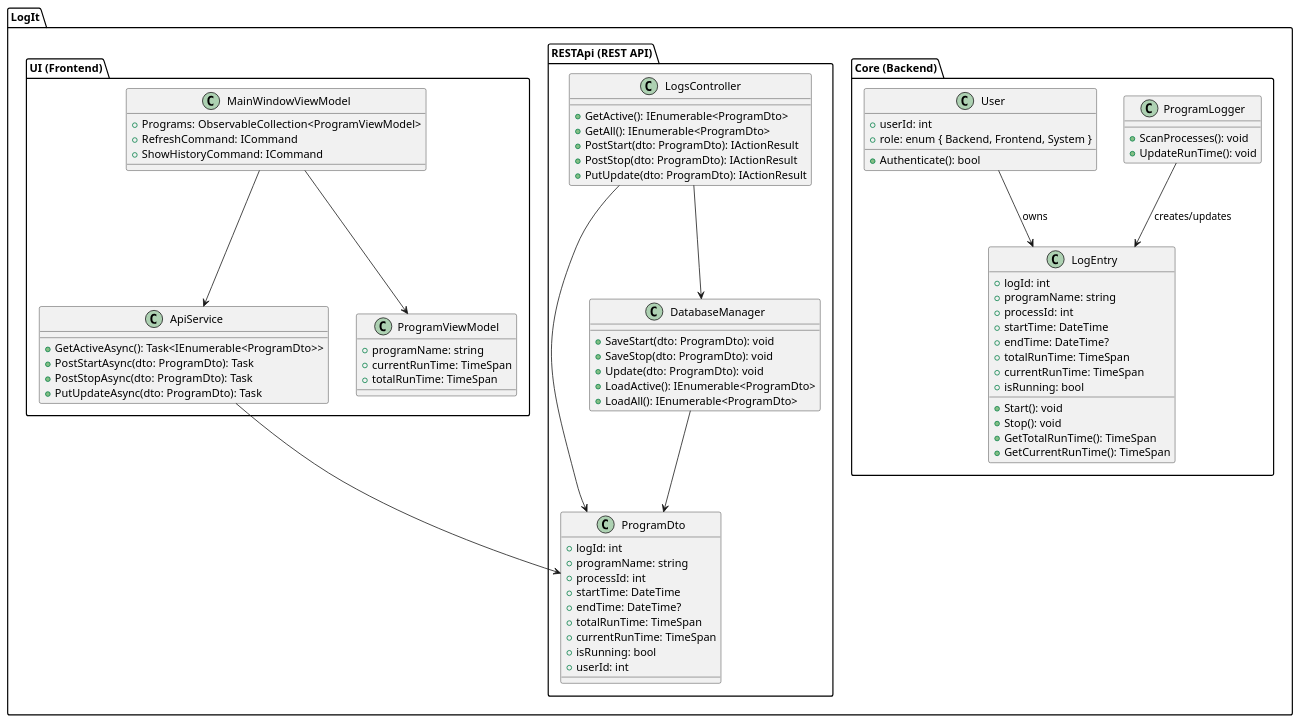
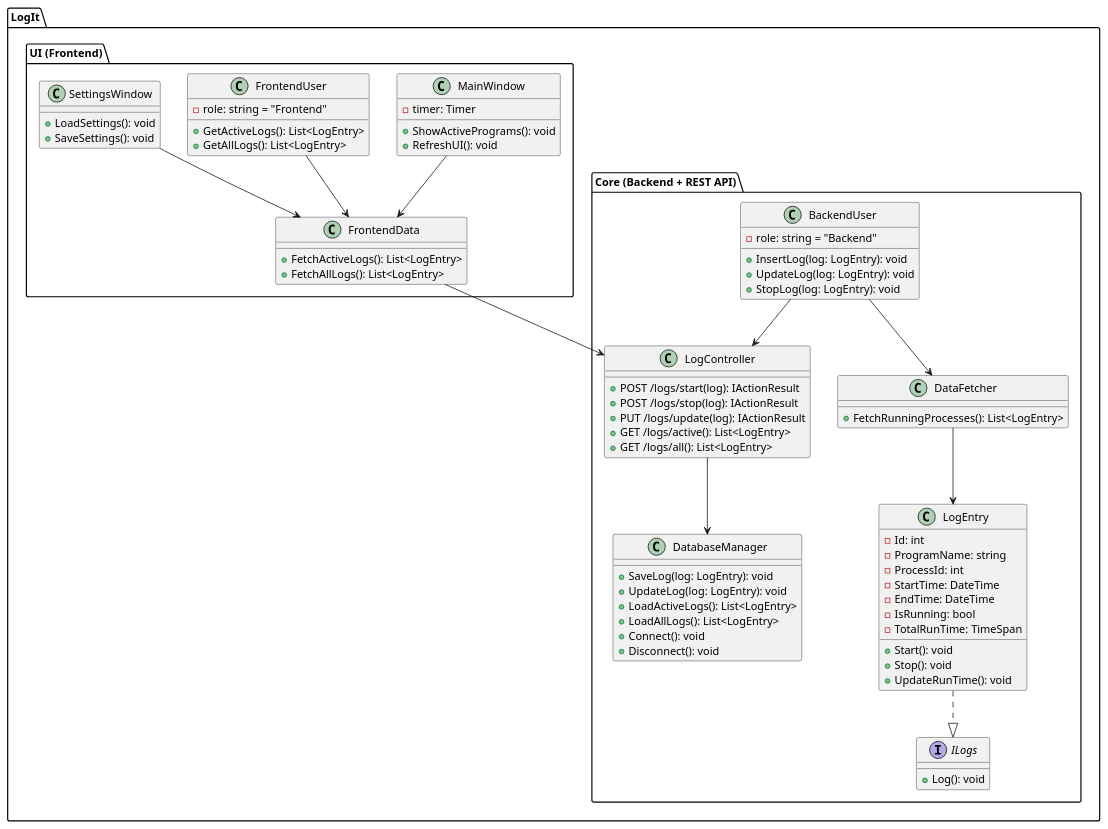
Before and after one commit to Schokobaer06/LogIt: the diagram in doc/klassendiagramm.plantuml, drawn with PlantUML. The commit also changed 1 other file, not shown here.

Commit message:
Refactor class diagram to enhance clarity and structure of LogIt architecture

```diff
--- a/doc/klassendiagramm.plantuml
+++ b/doc/klassendiagramm.plantuml
@@ -1,101 +1,91 @@
-@startuml KlassenDiagramm
-'-----------------------------------
-' Backend (LogIt.Core)
-'-----------------------------------
-package "LogIt.Core (Backend)" {
-  class ProgramLogger {
-    + ScanProcesses(): void
-    + UpdateRunTime(): void
-  }
+@startuml LogIt Klassen
 
-  class LogEntry {
-    + logId: int
-    + programName: string
-    + processId: int
-    + startTime: DateTime
-    + endTime: DateTime?
-    + totalRunTime: TimeSpan
-    + currentRunTime: TimeSpan
-    + isRunning: bool
-    + Start(): void
-    + Stop(): void
-    + GetTotalRunTime(): TimeSpan
-    + GetCurrentRunTime(): TimeSpan
-  }
+' === BACKEND inkl. REST-API ===
+package "LogIt.Core (Backend + REST API)" {
+    
+    class LogEntry {
+        - Id: int
+        - ProgramName: string
+        - ProcessId: int
+        - StartTime: DateTime
+        - EndTime: DateTime
+        - IsRunning: bool
+        - TotalRunTime: TimeSpan
+        + Start(): void
+        + Stop(): void
+        + UpdateRunTime(): void
+    }
 
-  class User {
-    + userId: int
-    + role: enum { Backend, Frontend, System }
-    + Authenticate(): bool
-  }
+    class BackendUser {
+        - role: string = "Backend"
+        + InsertLog(log: LogEntry): void
+        + UpdateLog(log: LogEntry): void
+        + StopLog(log: LogEntry): void
+    }
 
-  ProgramLogger --> LogEntry : creates/updates
-  User --> LogEntry            : owns
+    class DataFetcher {
+        + FetchRunningProcesses(): List<LogEntry>
+    }
+
+    interface ILogs {
+        + Log(): void
+    }
+
+    LogEntry ..|> ILogs
+    DataFetcher --> LogEntry
+    BackendUser --> DataFetcher
+
+    ' REST API Controller
+    class LogController {
+        + POST /logs/start(log): IActionResult
+        + POST /logs/stop(log): IActionResult
+        + PUT /logs/update(log): IActionResult
+        + GET /logs/active(): List<LogEntry>
+        + GET /logs/all(): List<LogEntry>
+    }
+
+    class DatabaseManager {
+        + SaveLog(log: LogEntry): void
+        + UpdateLog(log: LogEntry): void
+        + LoadActiveLogs(): List<LogEntry>
+        + LoadAllLogs(): List<LogEntry>
+        + Connect(): void
+        + Disconnect(): void
+    }
+
+    LogController --> DatabaseManager
+    BackendUser --> LogController
 }
 
-'-----------------------------------
-' REST API (LogIt.RESTApi)
-'-----------------------------------
-package "LogIt.RESTApi (REST API)" {
-  class ProgramDto {
-    + logId: int
-    + programName: string
-    + processId: int
-    + startTime: DateTime
-    + endTime: DateTime?
-    + totalRunTime: TimeSpan
-    + currentRunTime: TimeSpan
-    + isRunning: bool
-    + userId: int
-  }
+' === FRONTEND ===
+package "LogIt.UI (Frontend)" {
+    
+    class MainWindow {
+        - timer: Timer
+        + ShowActivePrograms(): void
+        + RefreshUI(): void
+    }
 
-  class LogsController {
-    + GetActive(): IEnumerable<ProgramDto>
-    + GetAll(): IEnumerable<ProgramDto>
-    + PostStart(dto: ProgramDto): IActionResult
-    + PostStop(dto: ProgramDto): IActionResult
-    + PutUpdate(dto: ProgramDto): IActionResult
-  }
+    class FrontendUser {
+        - role: string = "Frontend"
+        + GetActiveLogs(): List<LogEntry>
+        + GetAllLogs(): List<LogEntry>
+    }
 
-  class DatabaseManager {
-    + SaveStart(dto: ProgramDto): void
-    + SaveStop(dto: ProgramDto): void
-    + Update(dto: ProgramDto): void
-    + LoadActive(): IEnumerable<ProgramDto>
-    + LoadAll(): IEnumerable<ProgramDto>
-  }
+    class FrontendData {
+        + FetchActiveLogs(): List<LogEntry>
+        + FetchAllLogs(): List<LogEntry>
+    }
 
-  LogsController --> ProgramDto
-  LogsController --> DatabaseManager
-  DatabaseManager --> ProgramDto
-}
+    class SettingsWindow {
+        + LoadSettings(): void
+        + SaveSettings(): void
+    }
 
-'-----------------------------------
-' Frontend (LogIt.UI)
-'-----------------------------------
-package "LogIt.UI (Frontend)" {
-  class MainWindowViewModel {
-    + Programs: ObservableCollection<ProgramViewModel>
-    + RefreshCommand: ICommand
-    + ShowHistoryCommand: ICommand
-  }
-
-  class ApiService {
-    + GetActiveAsync(): Task<IEnumerable<ProgramDto>>
-    + PostStartAsync(dto: ProgramDto): Task
-    + PostStopAsync(dto: ProgramDto): Task
-    + PutUpdateAsync(dto: ProgramDto): Task
-  }
-
-  class ProgramViewModel {
-    + programName: string
-    + currentRunTime: TimeSpan
-    + totalRunTime: TimeSpan
-  }
-
-  MainWindowViewModel --> ApiService
-  MainWindowViewModel --> ProgramViewModel
-  ApiService --> ProgramDto
+    MainWindow --> FrontendData
+    FrontendUser --> FrontendData
+    SettingsWindow --> FrontendData
+    FrontendData --> LogController
 }
 
 @enduml
```
